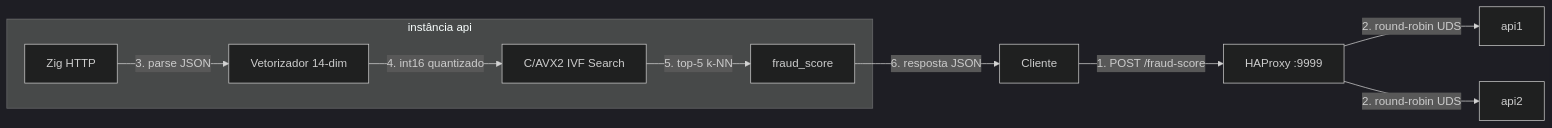
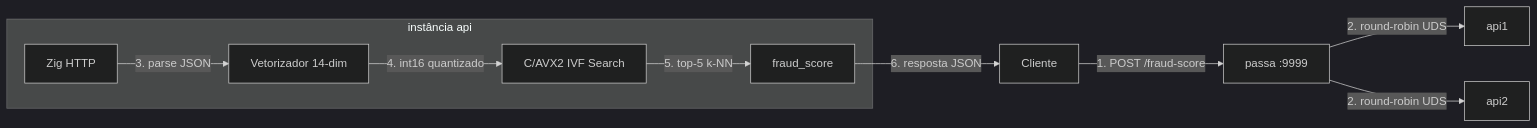
One commit to macedot/rinha-2026-zig changed the diagram in README.md. Above: the diagram before and after it, drawn with Mermaid (dark theme). The commit also changed other lines of this file and 1 other file, not shown here.

Commit message:
feat: swap haproxy for passa LB with BUF_SIZE=4096, unique container names

````diff
--- a/README.md
+++ b/README.md
@@ -110,12 +110,12 @@
 ```mermaid
 flowchart LR
-    Client[Cliente] -->|1. POST /fraud-score| HAProxy[HAProxy :9999]
-    HAProxy -->|2. round-robin UDS| API1[api1]
-    HAProxy -->|2. round-robin UDS| API2[api2]
+    Client[Cliente] -->|1. POST /fraud-score| Passa[passa :9999]
+    Passa -->|2. round-robin UDS| API1[api1]
+    Passa -->|2. round-robin UDS| API2[api2]
     subgraph api [instância api]
         HTTP[Zig HTTP] -->|3. parse JSON| VEC[Vetorizador 14-dim]
         VEC -->|4. int16 quantizado| IVF[C/AVX2 IVF Search]
         IVF -->|5. top-5 k-NN| SCORE[fraud_score]
     end
     SCORE -->|6. resposta JSON| Client
 ```
````
